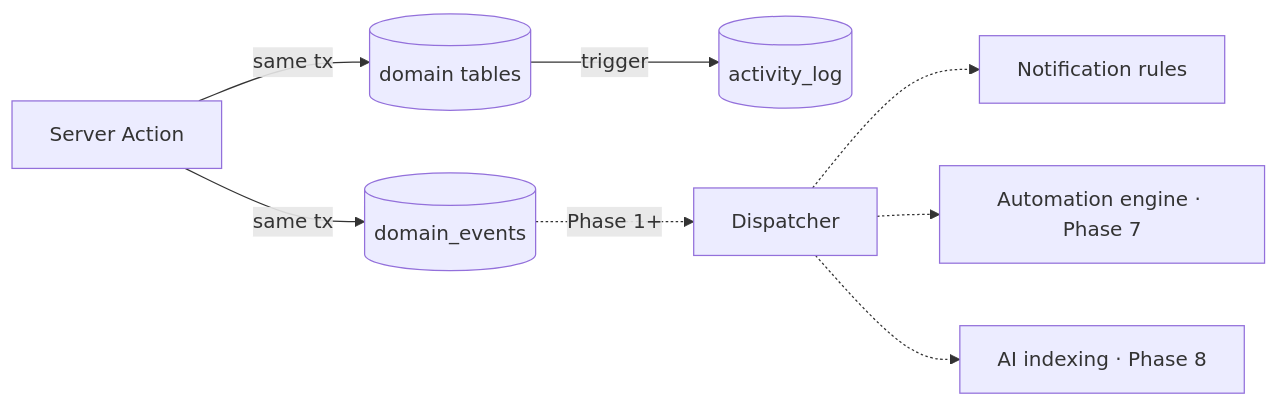
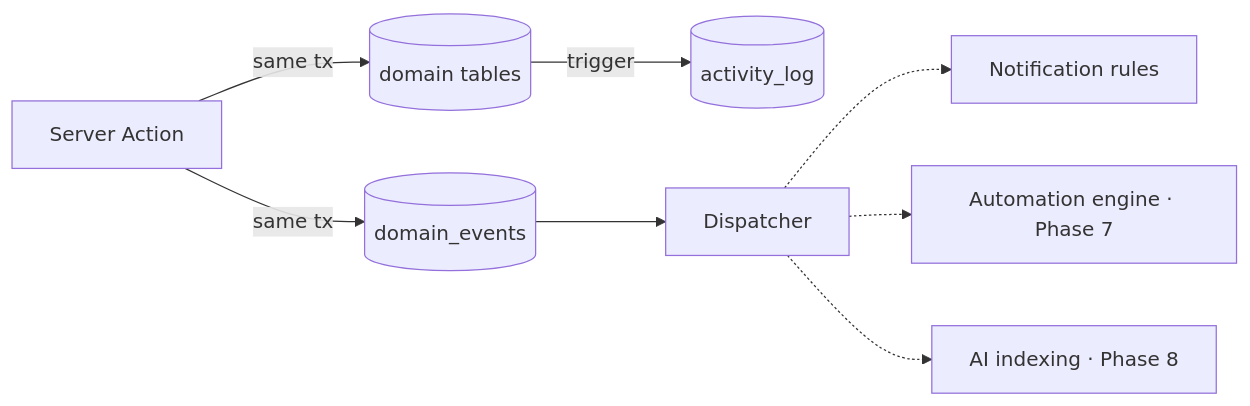
Before and after one commit to AHamido84/Central-Team: the fourth of 7 diagrams in docs/ARCHITECTURE.md, drawn with Mermaid. The commit also changed other lines of this file and 5 other files, not shown here.

First line of the commit message:
docs: phase 2 requests — roadmap, data model, architecture, ADR-027..031, handoff

````diff
--- a/docs/ARCHITECTURE.md
+++ b/docs/ARCHITECTURE.md
@@ -315,10 +324,10 @@
 ```mermaid
 flowchart LR
   SA[Server Action] -->|same tx| T[(domain tables)]
   SA -->|same tx| E[(domain_events)]
   T -->|trigger| AL[(activity_log)]
-  E -. Phase 1+ .-> D[Dispatcher]
+  E --> D[Dispatcher]
   D -.-> N[Notification rules]
   D -.-> AU[Automation engine · Phase 7]
   D -.-> AI[AI indexing · Phase 8]
 ```
````
